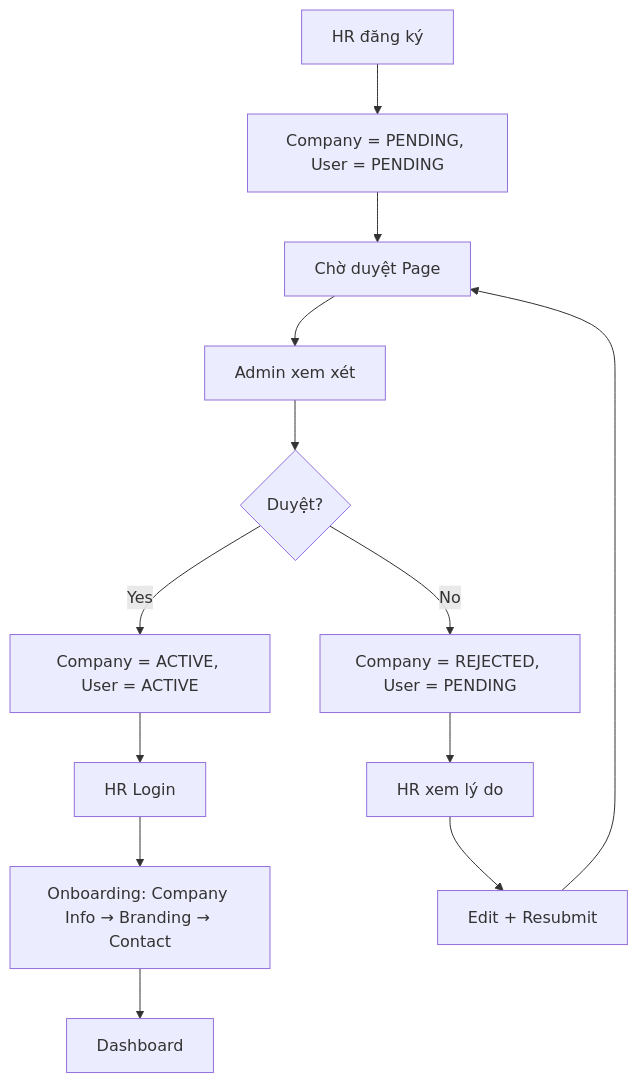
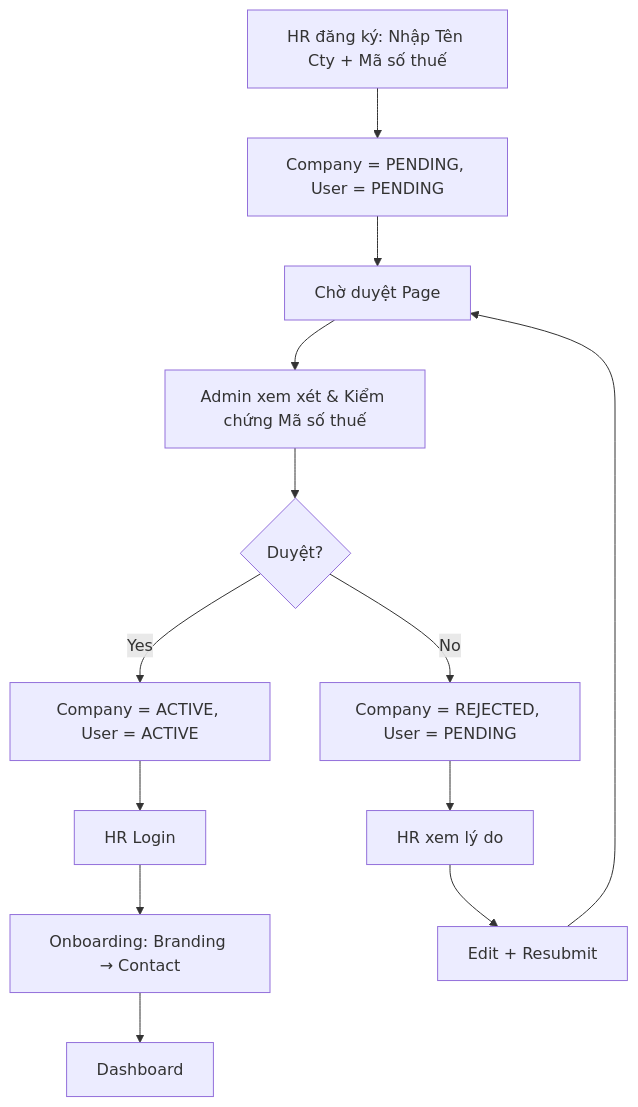
The diagram in nghiep_vu/epic-01_Authentication_Onboarding/brief.md (VanHaPtit/EasyTech_FE), drawn with Mermaid before and after one commit. The commit also changed other lines of this file and 92 other files, not shown here.

````diff
--- a/nghiep_vu/epic-01_Authentication_Onboarding/brief.md
+++ b/nghiep_vu/epic-01_Authentication_Onboarding/brief.md
@@ -26,15 +26,15 @@
 ```mermaid
 graph TD
-  A[HR đăng ký] --> B[Company = PENDING, User = PENDING]
+  A[HR đăng ký: Nhập Tên Cty + Mã số thuế] --> B[Company = PENDING, User = PENDING]
   B --> C[Chờ duyệt Page]
-  C --> D[Admin xem xét]
+  C --> D[Admin xem xét & Kiểm chứng Mã số thuế]
   D --> E{Duyệt?}
   E -- Yes --> F[Company = ACTIVE, User = ACTIVE]
   F --> G[HR Login]
-  G --> H[Onboarding: Company Info → Branding → Contact]
+  G --> H[Onboarding: Branding → Contact]
   H --> I[Dashboard]
   E -- No --> J[Company = REJECTED, User = PENDING]
   J --> K[HR xem lý do]
   K --> L[Edit + Resubmit]
   L --> C
 ```
````
